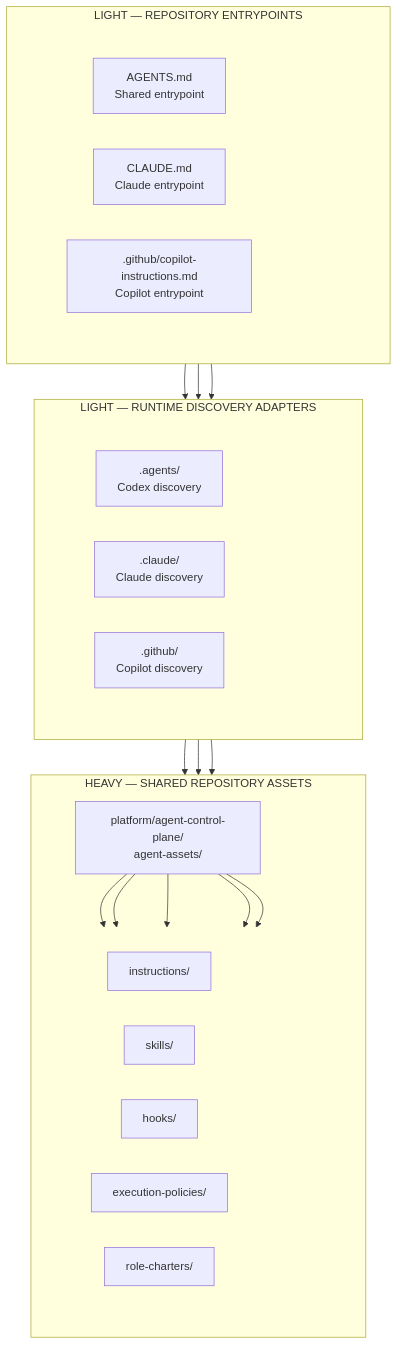
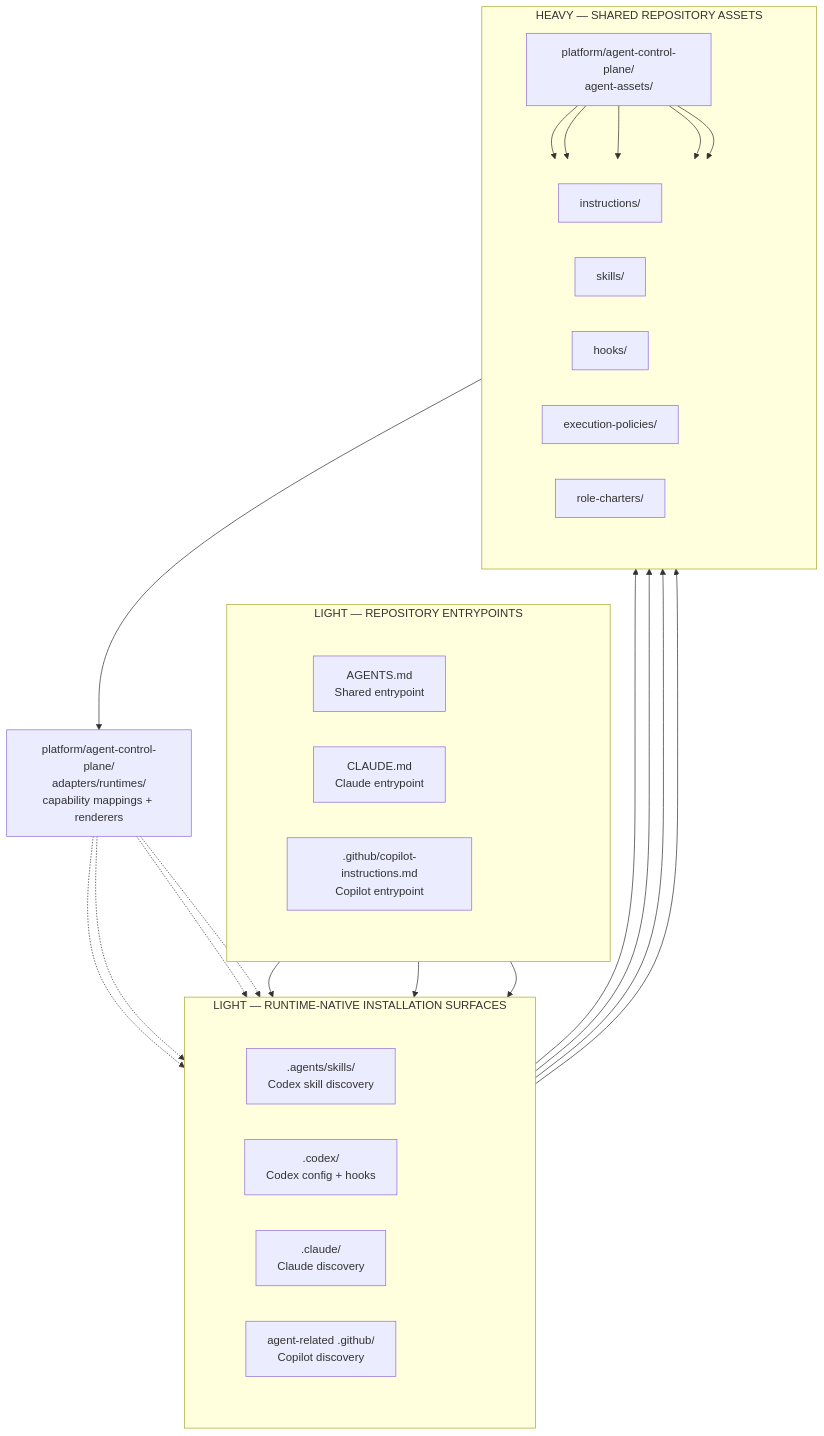
One commit to Oak-22/agentic-engineering-platform changed the diagram in platform/agent-control-plane/docs/diagrams/agent-asset-discovery-layers.md. Above: the diagram before and after it, drawn with Mermaid. The commit also changed other lines of this file and 24 other files, not shown here.

````diff
--- a/platform/agent-control-plane/docs/diagrams/agent-asset-discovery-layers.md
+++ b/platform/agent-control-plane/docs/diagrams/agent-asset-discovery-layers.md
@@ -6,63 +6,73 @@
 ```mermaid
 flowchart TB
     subgraph E["LIGHT — REPOSITORY ENTRYPOINTS"]
         direction TB
         ES[" "]
 
         subgraph ER[" "]
             direction LR
             A["AGENTS.md<br/>Shared entrypoint"]
             C["CLAUDE.md<br/>Claude entrypoint"]
             G[".github/copilot-instructions.md<br/>Copilot entrypoint"]
         end
     end
 
-    subgraph D["LIGHT — RUNTIME DISCOVERY ADAPTERS"]
+    subgraph D["LIGHT — RUNTIME-NATIVE INSTALLATION SURFACES"]
         direction TB
         DS[" "]
 
         subgraph DR[" "]
             direction LR
-            DO[".agents/<br/>Codex discovery"]
+            DO[".agents/skills/<br/>Codex skill discovery"]
+            CO[".codex/<br/>Codex config + hooks"]
             DC[".claude/<br/>Claude discovery"]
-            DG[".github/<br/>Copilot discovery"]
+            DG["agent-related .github/<br/>Copilot discovery"]
         end
     end
+
+    RT["platform/agent-control-plane/<br/>adapters/runtimes/<br/>capability mappings + renderers"]
 
     subgraph S["HEAVY — SHARED REPOSITORY ASSETS"]
         direction TB
         SS[" "]
         ROOT["platform/agent-control-plane/<br/>agent-assets/"]
 
         subgraph SR[" "]
             direction LR
             I["instructions/"]
             K["skills/"]
             H["hooks/"]
             P["execution-policies/"]
             R["role-charters/"]
         end
     end
 
     A --> DO
+    CO --> ROOT
     C --> DC
     G --> DG
 
     DO --> ROOT
     DC --> ROOT
     DG --> ROOT
+
+    ROOT --> RT
+    RT -.-> DO
+    RT -.-> CO
+    RT -.-> DC
+    RT -.-> DG
 
     ROOT --> I
     ROOT --> K
     ROOT --> H
     ROOT --> P
     ROOT --> R
 
     style ES fill:transparent,stroke:transparent
     style DS fill:transparent,stroke:transparent
     style SS fill:transparent,stroke:transparent
 
     style ER fill:transparent,stroke:transparent
     style DR fill:transparent,stroke:transparent
     style SR fill:transparent,stroke:transparent
 ```
````
